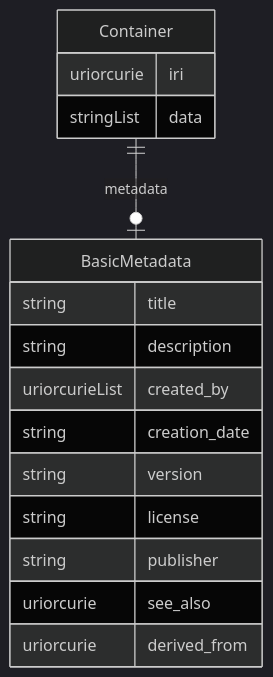
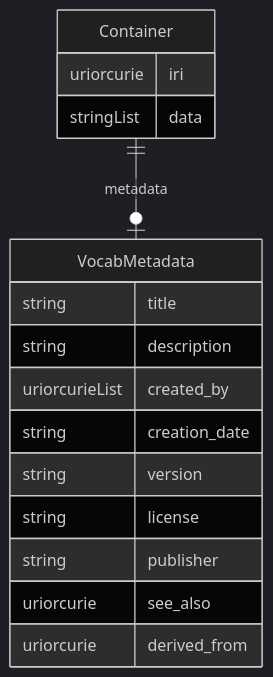
One commit to hubmapconsortium/hra-kg changed the diagram in digital-objects/schema/vocab/v1.0/raw/schema.mmd. Above: the diagram before and after it, drawn with Mermaid (dark theme). The commit also changed 160 other files, not shown here.

Commit message:
Updated schemas

```diff
--- a/digital-objects/schema/vocab/v1.0/raw/schema.mmd
+++ b/digital-objects/schema/vocab/v1.0/raw/schema.mmd
@@ -1,18 +1,18 @@
 erDiagram
 Container {
     uriorcurie iri  
     stringList data  
 }
-BasicMetadata {
+VocabMetadata {
     string title  
     string description  
     uriorcurieList created_by  
     string creation_date  
     string version  
     string license  
     string publisher  
     uriorcurie see_also  
     uriorcurie derived_from  
 }
 
-Container ||--|o BasicMetadata : "metadata"
+Container ||--|o VocabMetadata : "metadata"
```
